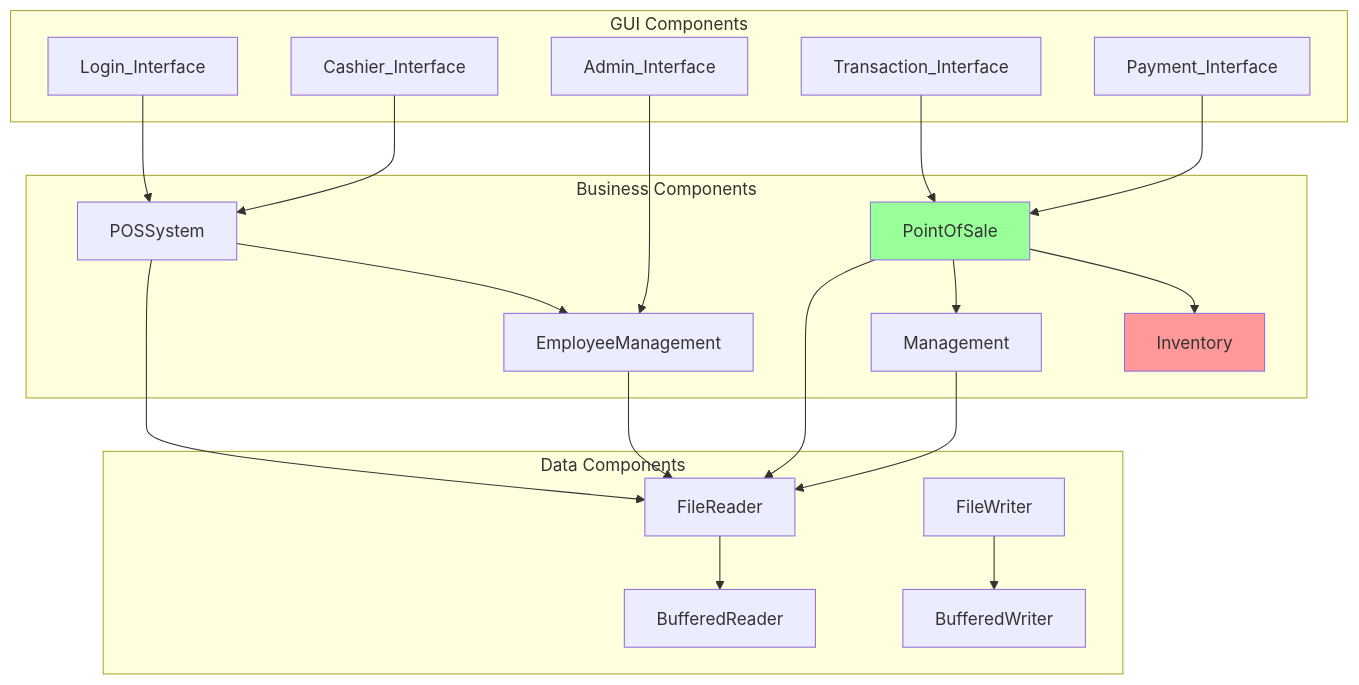
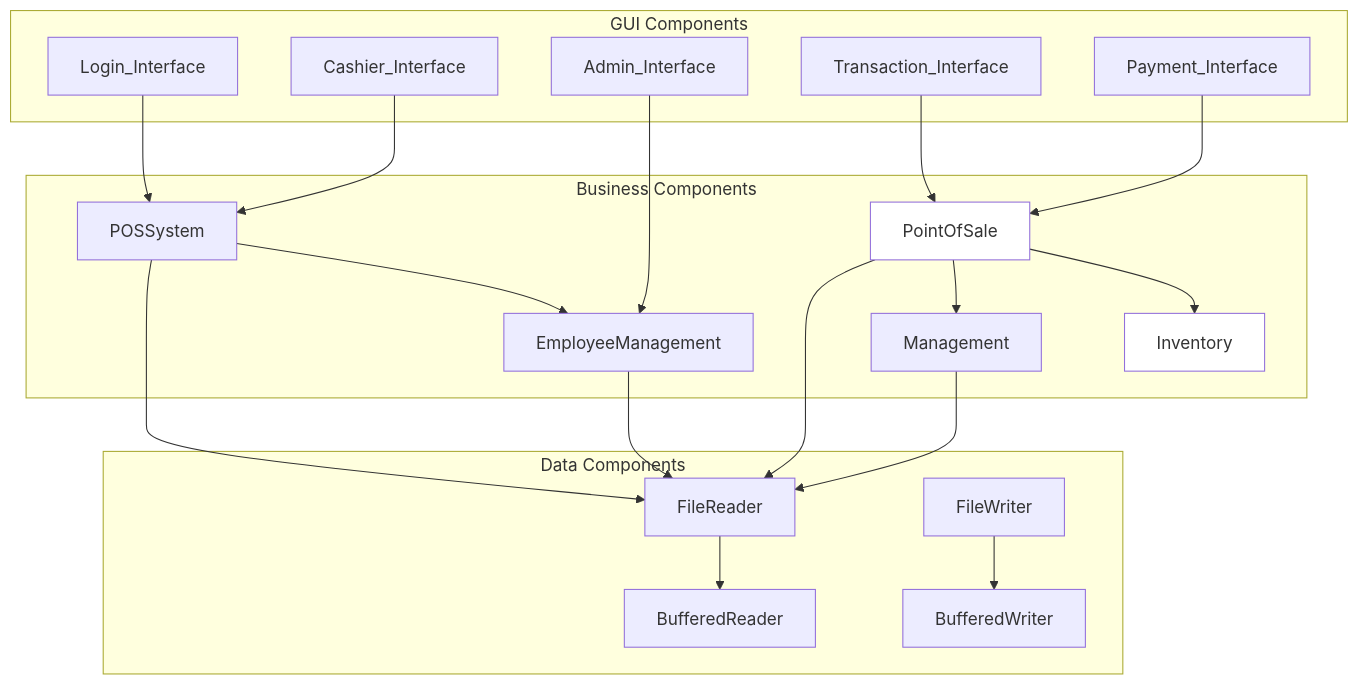
Diagram 14 of 23 in legacy/DIAGRAMS.md (MasterOz786/Re-Engineering-POS), drawn with Mermaid before and after one commit. The commit also changed other lines of this file, not shown here.

Commit message:
Update all diagrams to use white backgrounds

````diff
--- a/legacy/DIAGRAMS.md
+++ b/legacy/DIAGRAMS.md
@@ -998,46 +998,46 @@
 ```mermaid
 graph TB
     subgraph "GUI Components"
         A[Login_Interface]
         B[Cashier_Interface]
         C[Admin_Interface]
         D[Transaction_Interface]
         E[Payment_Interface]
     end
     
     subgraph "Business Components"
         F[POSSystem]
         G[EmployeeManagement]
         H[PointOfSale]
         I[Inventory]
         J[Management]
     end
     
     subgraph "Data Components"
         K[FileReader]
         L[FileWriter]
         M[BufferedReader]
         N[BufferedWriter]
     end
     
     A --> F
     B --> F
     C --> G
     D --> H
     E --> H
     
     F --> G
     H --> I
     H --> J
     
     F --> K
     G --> K
     H --> K
     J --> K
     
     K --> M
     L --> N
     
-    style I fill:#ff9999
-    style H fill:#99ff99
+    style I fill:#ffffff
+    style H fill:#ffffff
 ```
````
